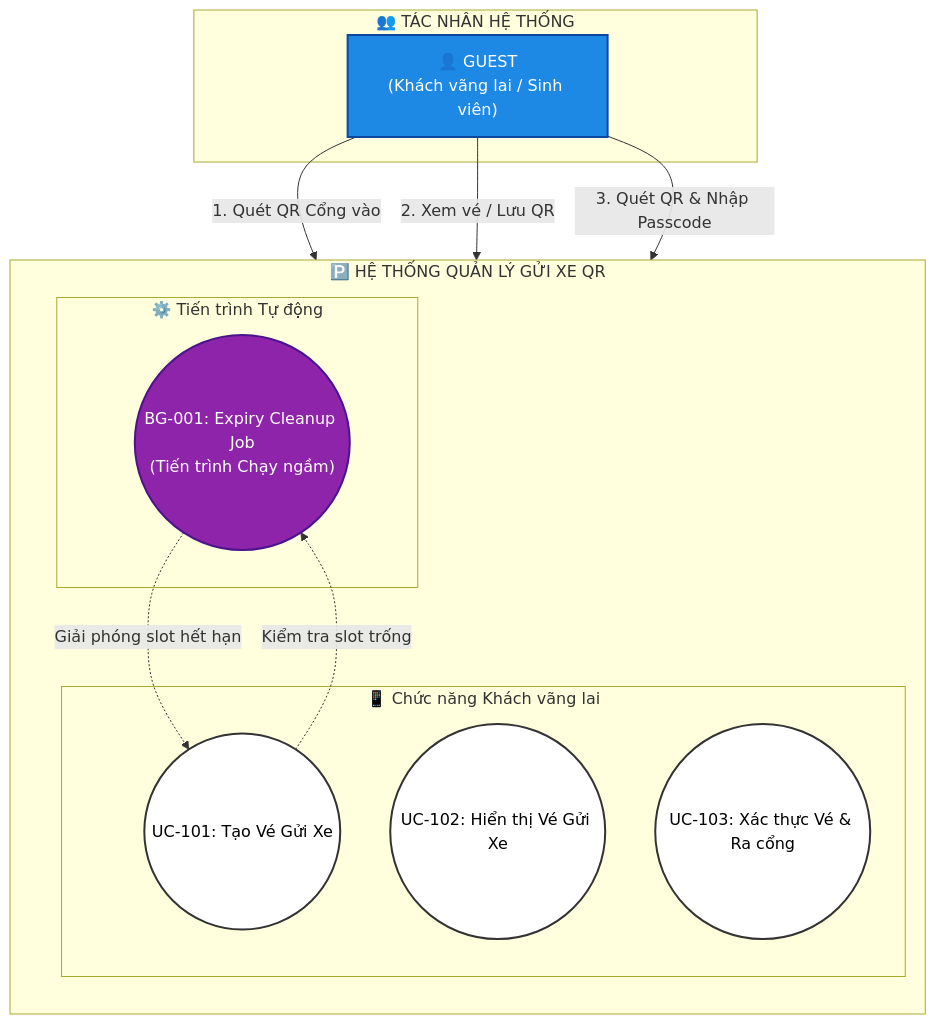
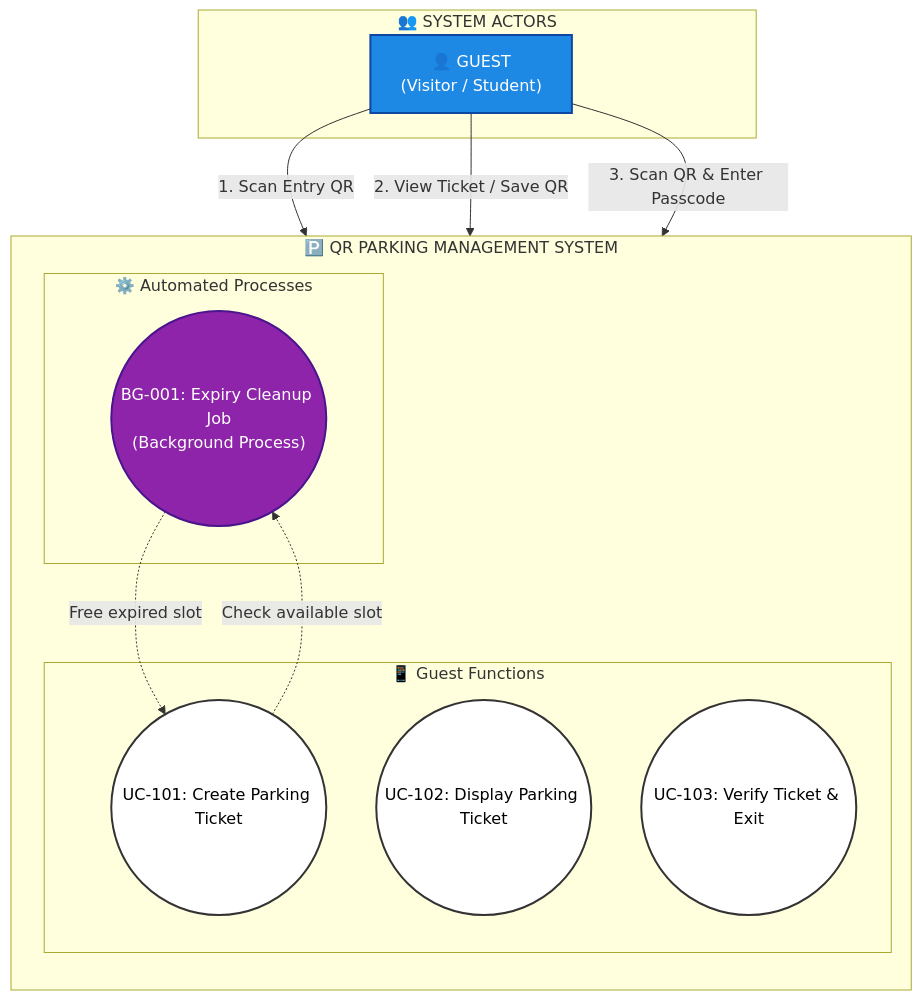
One commit to bvkjdbdbbd/hello changed the first of 3 diagrams in README.md. Above: the diagram before and after it, drawn with Mermaid. The commit also changed other lines of this file, not shown here.

````diff
--- a/README.md
+++ b/README.md
@@ -34,31 +34,31 @@
 ```mermaid
 graph TD
     classDef actorStyle fill:#1e88e5,stroke:#0d47a1,stroke-width:2px,color:#fff;
     classDef usecaseStyle fill:#ffffff,stroke:#333,stroke-width:2px,color:#000;
     classDef bgStyle fill:#8e24aa,stroke:#4a148c,stroke-width:2px,color:#fff;
 
-    subgraph Actors ["👥 TÁC NHÂN HỆ THỐNG"]
-        Guest["👤 GUEST<br/>(Khách vãng lai / Sinh viên)"]:::actorStyle
+    subgraph Actors ["👥 SYSTEM ACTORS"]
+        Guest["👤 GUEST<br/>(Visitor / Student)"]:::actorStyle
     end
 
-    subgraph SystemBoundary ["🅿️ HỆ THỐNG QUẢN LÝ GỬI XE QR"]
+    subgraph SystemBoundary ["🅿️ QR PARKING MANAGEMENT SYSTEM"]
         direction TB
 
-        subgraph GuestModule ["📱 Chức năng Khách vãng lai"]
-            UC101(("UC-101: Tạo Vé Gửi Xe")):::usecaseStyle
-            UC102(("UC-102: Hiển thị Vé Gửi Xe")):::usecaseStyle
-            UC103(("UC-103: Xác thực Vé & Ra cổng")):::usecaseStyle
+        subgraph GuestModule ["📱 Guest Functions"]
+            UC101(("UC-101: Create Parking Ticket")):::usecaseStyle
+            UC102(("UC-102: Display Parking Ticket")):::usecaseStyle
+            UC103(("UC-103: Verify Ticket & Exit")):::usecaseStyle
         end
 
-        subgraph SystemModule ["⚙️ Tiến trình Tự động"]
-            BG001(("BG-001: Expiry Cleanup Job<br/>(Tiến trình Chạy ngầm)")):::bgStyle
+        subgraph SystemModule ["⚙️ Automated Processes"]
+            BG001(("BG-001: Expiry Cleanup Job<br/>(Background Process)")):::bgStyle
         end
     end
 
-    Guest -->|1. Quét QR Cổng vào| UC101
-    Guest -->|2. Xem vé / Lưu QR| UC102
-    Guest -->|3. Quét QR & Nhập Passcode| UC103
+    Guest -->|1. Scan Entry QR| UC101
+    Guest -->|2. View Ticket / Save QR| UC102
+    Guest -->|3. Scan QR & Enter Passcode| UC103
 
-    UC101 -.->|Kiểm tra slot trống| BG001
-    BG001 -.->|Giải phóng slot hết hạn| UC101
+    UC101 -.->|Check available slot| BG001
+    BG001 -.->|Free expired slot| UC101
 ```
````
